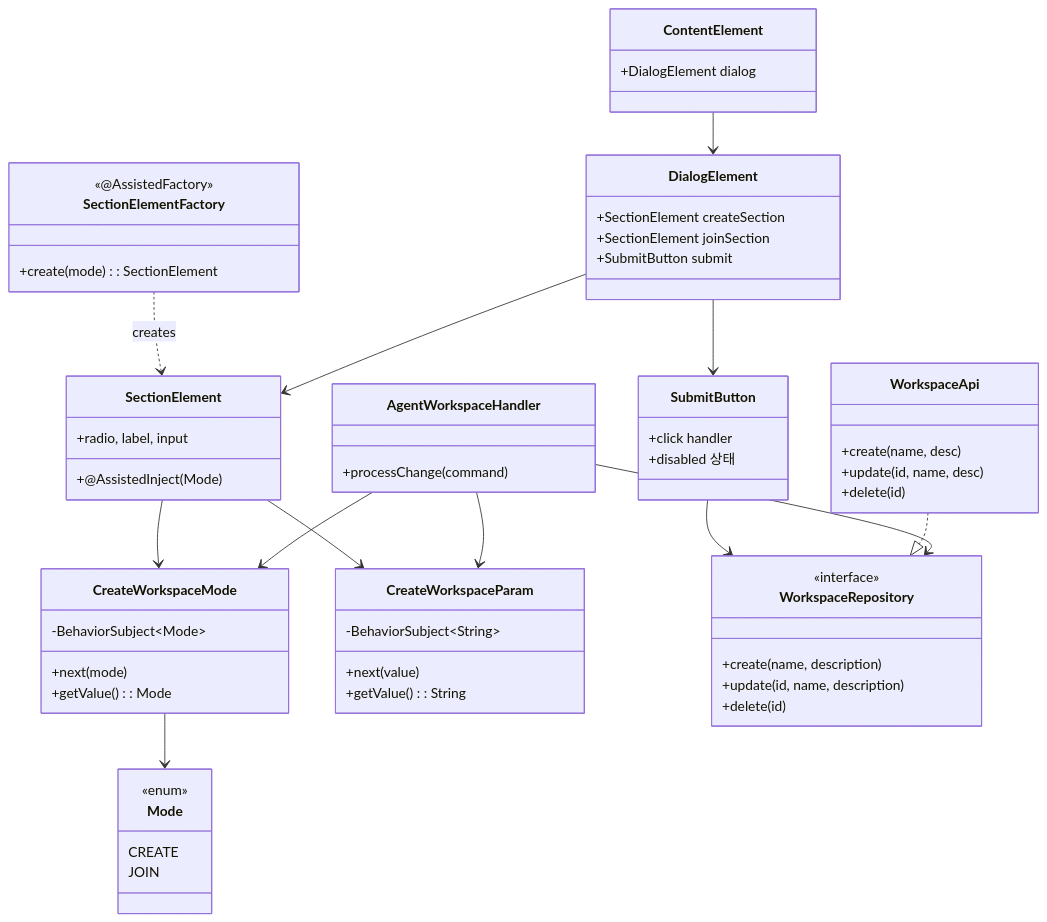
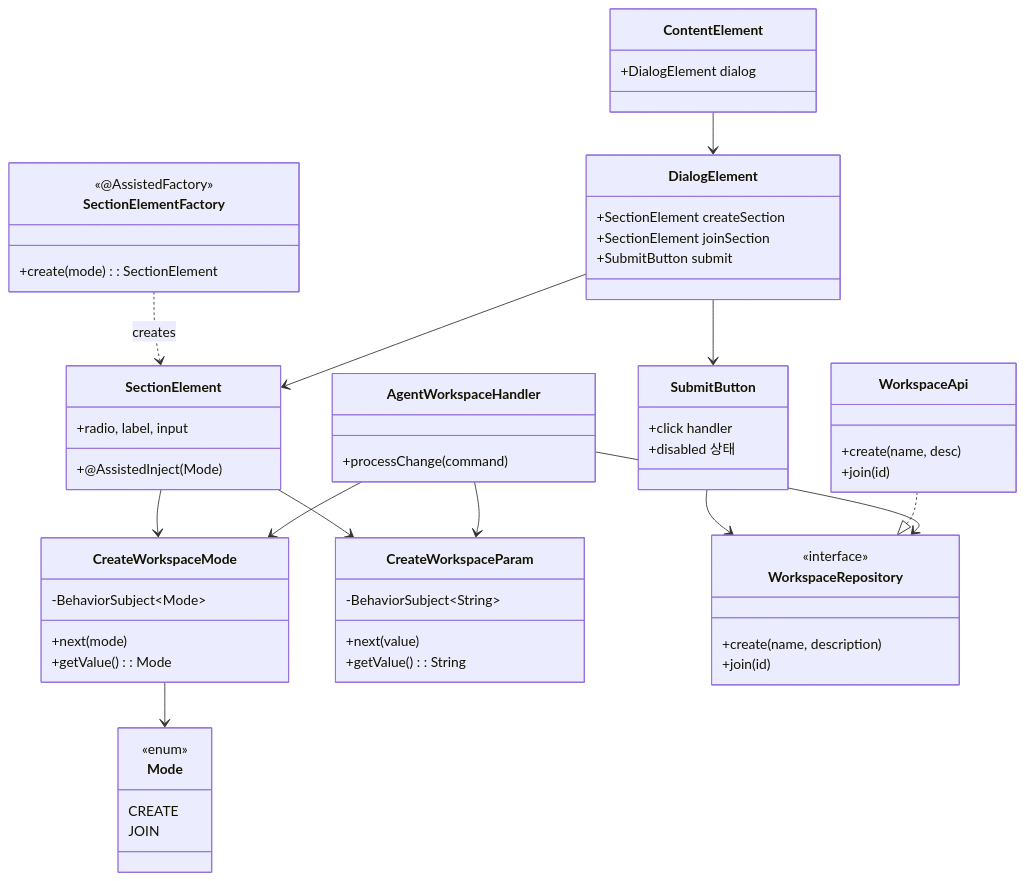
Before and after one commit to sayaya1090/handbook: the first of 2 diagrams in onboarding-ui/CLASS-DIAGRAM.md, drawn with Mermaid. The commit also changed other lines of this file and 1 other file, not shown here.

Commit message:
docs(onboarding-ui): 온보딩 모듈 역할에 맞게 설계 문서 최신화
- README.md: 모듈 역할(생성/참여) 명시, 관리용 API(PUT/DELETE) 제거
- CLASS-DIAGRAM.md: WorkspaceRepository 및 WorkspaceApi에서 관리용 메서드 제거, 패키지 경로 변경 반영

````diff
--- a/onboarding-ui/CLASS-DIAGRAM.md
+++ b/onboarding-ui/CLASS-DIAGRAM.md
@@ -3,67 +3,65 @@
 ```mermaid
 classDiagram
     class CreateWorkspaceMode {
         -BehaviorSubject~Mode~
         +next(mode)
         +getValue(): Mode
     }
     class Mode {
         <<enum>>
         CREATE
         JOIN
     }
     class CreateWorkspaceParam {
         -BehaviorSubject~String~
         +next(value)
         +getValue(): String
     }
     class WorkspaceRepository {
         <<interface>>
         +create(name, description)
-        +update(id, name, description)
-        +delete(id)
+        +join(id)
     }
     class AgentWorkspaceHandler {
         +processChange(command)
     }
 
     CreateWorkspaceMode --> Mode
     AgentWorkspaceHandler --> CreateWorkspaceMode
     AgentWorkspaceHandler --> CreateWorkspaceParam
     AgentWorkspaceHandler --> WorkspaceRepository
 
     class ContentElement {
         +DialogElement dialog
     }
     class DialogElement {
         +SectionElement createSection
         +SectionElement joinSection
         +SubmitButton submit
     }
     class SectionElement {
         +@AssistedInject(Mode)
         +radio, label, input
     }
     class SectionElementFactory {
         <<@AssistedFactory>>
         +create(mode): SectionElement
     }
     class SubmitButton {
         +click handler
         +disabled 상태
     }
     class WorkspaceApi {
         +create(name, desc)
-        +update(id, name, desc)
-        +delete(id)
+        +join(id)
     }
 
     ContentElement --> DialogElement
     DialogElement --> SectionElement
     DialogElement --> SubmitButton
     SectionElementFactory ..> SectionElement : creates
     WorkspaceApi ..|> WorkspaceRepository
     SubmitButton --> WorkspaceRepository
     SectionElement --> CreateWorkspaceMode
     SectionElement --> CreateWorkspaceParam
 ```
````
